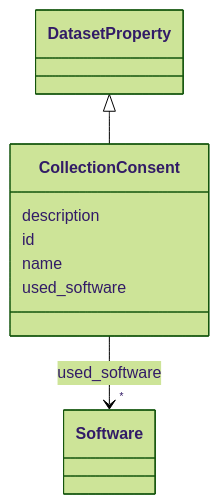
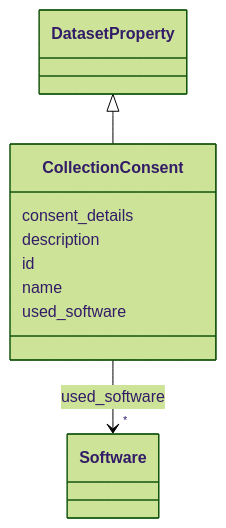
Before and after one commit to bridge2ai/data-sheets-schema: the diagram in docs/CollectionConsent.md, drawn with Mermaid (forest theme). The commit also changed other lines of this file and 682 other files, not shown here.

````diff
--- a/docs/CollectionConsent.md
+++ b/docs/CollectionConsent.md
@@ -20,26 +20,28 @@
 ```mermaid
  classDiagram
     class CollectionConsent
     click CollectionConsent href "../CollectionConsent/"
       DatasetProperty <|-- CollectionConsent
         click DatasetProperty href "../DatasetProperty/"
       
+      CollectionConsent : consent_details
+        
       CollectionConsent : description
         
       CollectionConsent : id
         
       CollectionConsent : name
         
       CollectionConsent : used_software
         
           
     
         
         
         CollectionConsent --> "*" Software : used_software
         click Software href "../Software/"
     
 
         
       
 ```
````
